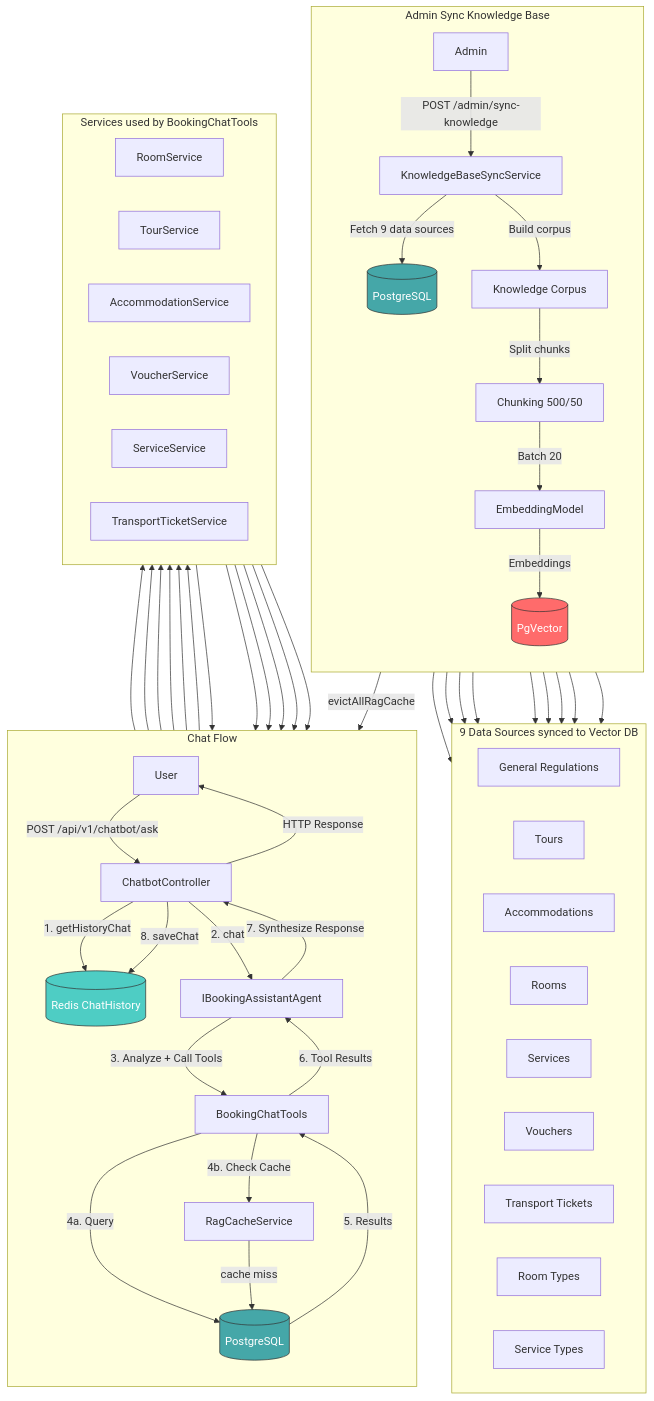
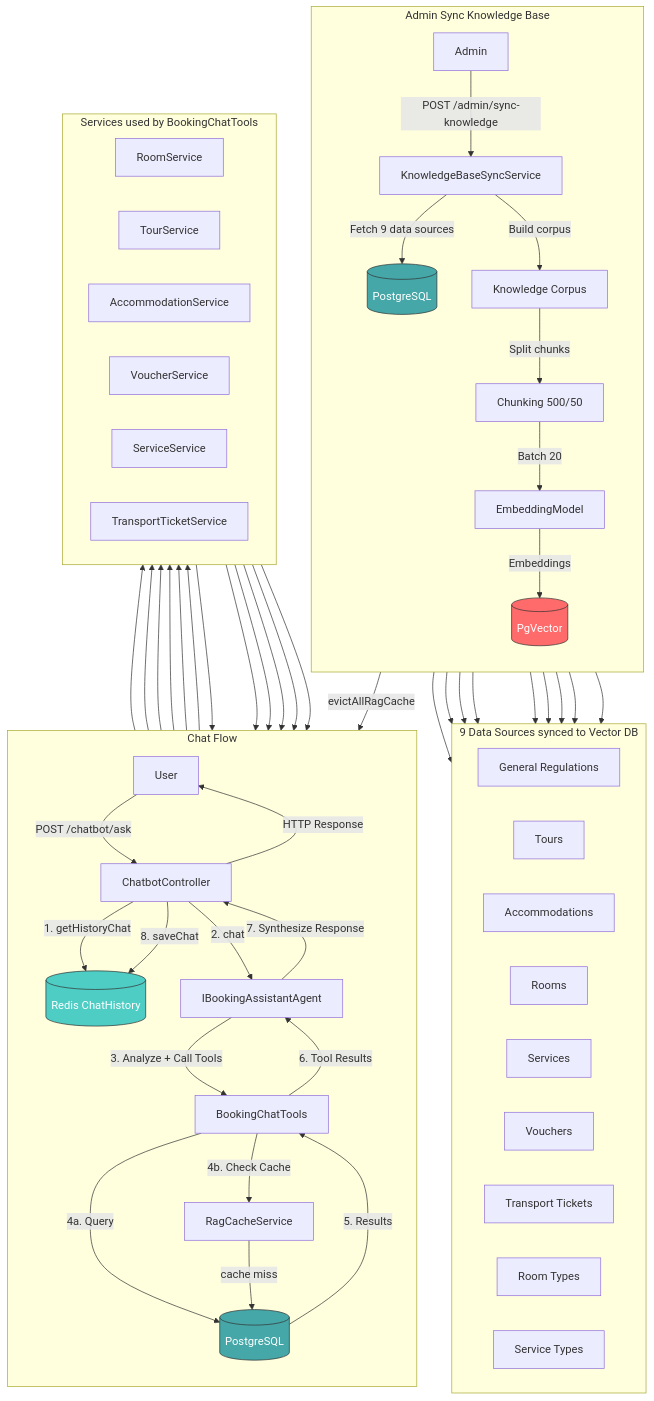
Before and after one commit to nguyentienkhang09022005/Booking-System: the diagram in services/java-service/src/main/java/com/example/java_service/Docs/RAG_ARCHITECTURE.mmd, drawn with Mermaid. The commit also changed 13 other files, not shown here.

```diff
--- a/services/java-service/src/main/java/com/example/java_service/Docs/RAG_ARCHITECTURE.mmd
+++ b/services/java-service/src/main/java/com/example/java_service/Docs/RAG_ARCHITECTURE.mmd
@@ -1,86 +1,86 @@
 flowchart TB
     subgraph Chat_Flow["Chat Flow"]
         direction TB
-        U["User"] -->|POST /api/v1/chatbot/ask| C["ChatbotController"]
+        U["User"] -->|POST /chatbot/ask| C["ChatbotController"]
         C -->|1. getHistoryChat| CH[(Redis ChatHistory)]
         C -->|2. chat| A["IBookingAssistantAgent"]
         
         A -->|3. Analyze + Call Tools| T["BookingChatTools"]
         
         T -->|4a. Query| PG[(PostgreSQL)]
         T -->|4b. Check Cache| RC[RagCacheService]
         RC -->|cache miss| PG
         
         PG -->|5. Results| T
         T -->|6. Tool Results| A
         
         A -->|7. Synthesize Response| C
         C -->|8. saveChat| CH
         C -->|HTTP Response| U
     end
 
     subgraph Admin_Sync["Admin Sync Knowledge Base"]
         direction TB
         A2["Admin"] -->|POST /admin/sync-knowledge| KS["KnowledgeBaseSyncService"]
         
         KS -->|Fetch 9 data sources| PG2[(PostgreSQL)]
         KS -->|Build corpus| KB["Knowledge Corpus"]
         
         KB -->|Split chunks| CS["Chunking 500/50"]
         CS -->|Batch 20| EMB["EmbeddingModel"]
         
         EMB -->|Embeddings| Vec[(PgVector)]
         KS -->|evictAllRagCache| RC
     end
 
     subgraph Components["Services used by BookingChatTools"]
         direction LR
         RS[RoomService]
         TS[TourService]
         AS[AccommodationService]
         VS[VoucherService]
         SS[ServiceService]
         TTS[TransportTicketService]
         
         T --> RS
         T --> TS
         T --> AS
         T --> VS
         T --> SS
         T --> TTS
         
         RS --> RC
         TS --> RC
         AS --> RC
         VS --> RC
         SS --> RC
         TTS --> RC
     end
 
     subgraph DataSources["9 Data Sources synced to Vector DB"]
         direction LR
         GR[General Regulations]
         TO[Tours]
         AC[Accommodations]
         RO[Rooms]
         SV[Services]
         VC[Vouchers]
         TT[Transport Tickets]
         RT[Room Types]
         ST[Service Types]
         
         KS --> GR
         KS --> TO
         KS --> AC
         KS --> RO
         KS --> SV
         KS --> VC
         KS --> TT
         KS --> RT
         KS --> ST
     end
 
     style Vec fill:#ff6b6b,stroke:#333,color:#fff
     style CH fill:#4ecdc4,stroke:#333,color:#fff
     style PG fill:#45a7a8,stroke:#333,color:#fff
     style PG2 fill:#45a7a8,stroke:#333,color:#fff
```
